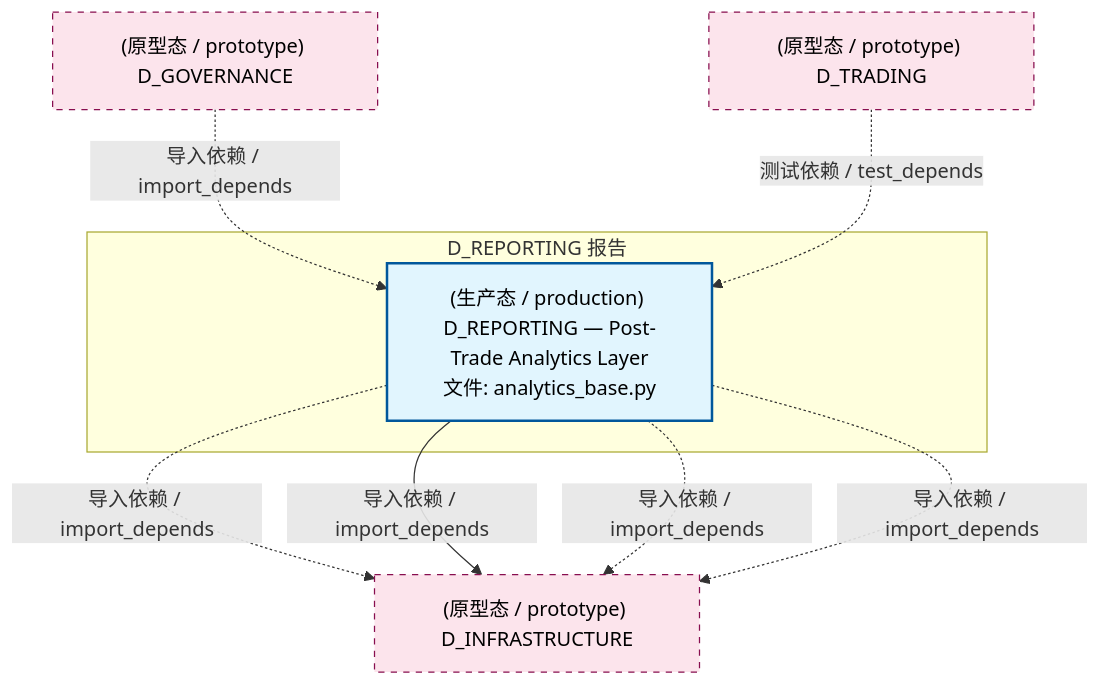
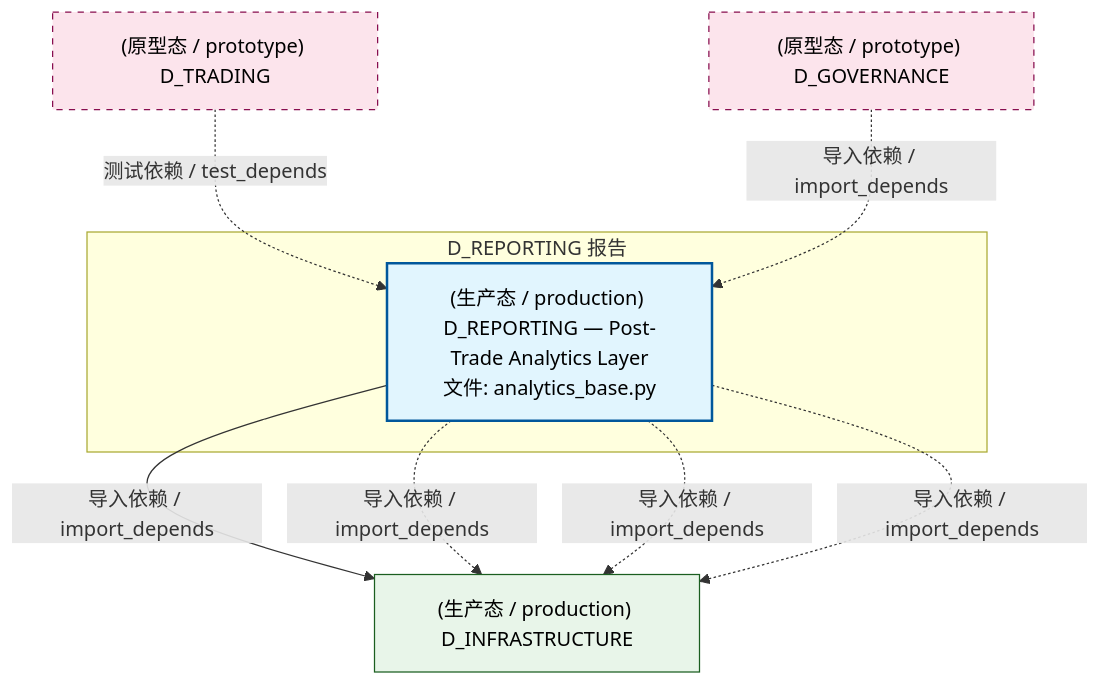
Before and after one commit to xuanFelixVan/ZephyrAlpha: the second of 4 diagrams in docs/02_enterprise_architecture/02_domain_architecture_docs/23_d_reporting.md, drawn with Mermaid. The commit also changed other lines of this file and 126 other files, not shown here.

````diff
--- a/docs/02_enterprise_architecture/02_domain_architecture_docs/23_d_reporting.md
+++ b/docs/02_enterprise_architecture/02_domain_architecture_docs/23_d_reporting.md
@@ -121,21 +121,22 @@
 ```mermaid
 graph TD
     subgraph D_REPORTING["D_REPORTING 报告"]
         src_zephyr_reporting_analytics_base_py["(生产态 / production) D_REPORTING — Post-Trade Analytics Layer<br/>文件: analytics_base.py"]
     end
-    D_INFRASTRUCTURE["(原型态 / prototype) D_INFRASTRUCTURE"]
-    src_zephyr_reporting_analytics_base_py -.->|导入依赖 / import_depends| D_INFRASTRUCTURE
+    D_INFRASTRUCTURE["(生产态 / production) D_INFRASTRUCTURE"]
     src_zephyr_reporting_analytics_base_py -->|导入依赖 / import_depends| D_INFRASTRUCTURE
     src_zephyr_reporting_analytics_base_py -.->|导入依赖 / import_depends| D_INFRASTRUCTURE
     src_zephyr_reporting_analytics_base_py -.->|导入依赖 / import_depends| D_INFRASTRUCTURE
+    src_zephyr_reporting_analytics_base_py -.->|导入依赖 / import_depends| D_INFRASTRUCTURE
+    D_TRADING["(原型态 / prototype) D_TRADING"]
+    D_TRADING -.->|测试依赖 / test_depends| src_zephyr_reporting_analytics_base_py
     D_GOVERNANCE["(原型态 / prototype) D_GOVERNANCE"]
     D_GOVERNANCE -.->|导入依赖 / import_depends| src_zephyr_reporting_analytics_base_py
-    D_TRADING["(原型态 / prototype) D_TRADING"]
-    D_TRADING -.->|测试依赖 / test_depends| src_zephyr_reporting_analytics_base_py
     classDef production fill:#e1f5fe,stroke:#01579b,stroke-width:2px,color:#000
     classDef design fill:#fff3e0,stroke:#e65100,stroke-width:2px,color:#000,stroke-dasharray: 5 5
     classDef external_prod fill:#e8f5e9,stroke:#1b5e20,stroke-width:1px,color:#000
     classDef external_design fill:#fce4ec,stroke:#880e4f,stroke-width:1px,color:#000,stroke-dasharray: 5 5
     class src_zephyr_reporting_analytics_base_py production
-    class D_INFRASTRUCTURE,D_GOVERNANCE,D_TRADING external_design
+    class D_INFRASTRUCTURE external_prod
+    class D_TRADING,D_GOVERNANCE external_design
 ```
````
